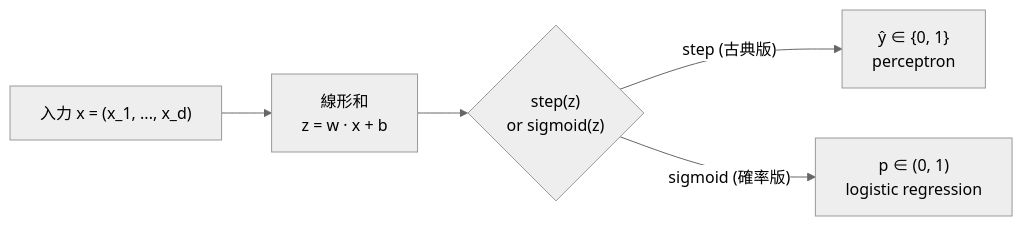
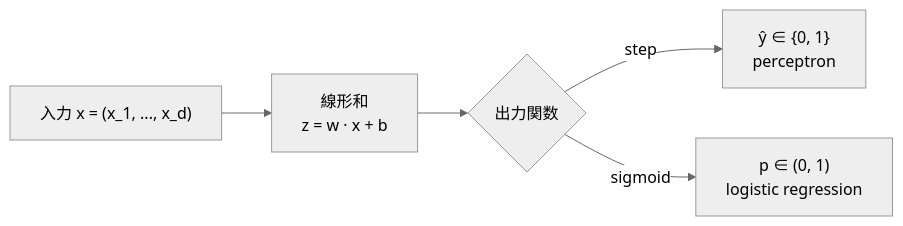
One commit to nao1215/debimate changed the diagram in projects/ml/notes/ml/perceptron/index.md. Above: the diagram before and after it, drawn with Mermaid (neutral theme). The commit also changed other lines of this file and 19 other files, not shown here.

````diff
--- a/projects/ml/notes/ml/perceptron/index.md
+++ b/projects/ml/notes/ml/perceptron/index.md
@@ -113,7 +16,7 @@
 ```mermaid
-graph LR
+flowchart LR
     A["入力 x = (x_1, ..., x_d)"] --> B["線形和<br/>z = w · x + b"]
-    B --> C{"step(z)<br/>or sigmoid(z)"}
-    C -->|"step (古典版)"| D["ŷ ∈ {0, 1}<br/>perceptron"]
-    C -->|"sigmoid (確率版)"| E["p ∈ (0, 1)<br/>logistic regression"]
+    B --> C{"出力関数"}
+    C -->|"step"| D["ŷ ∈ {0, 1}<br/>perceptron"]
+    C -->|"sigmoid"| E["p ∈ (0, 1)<br/>logistic regression"]
 ```
````
